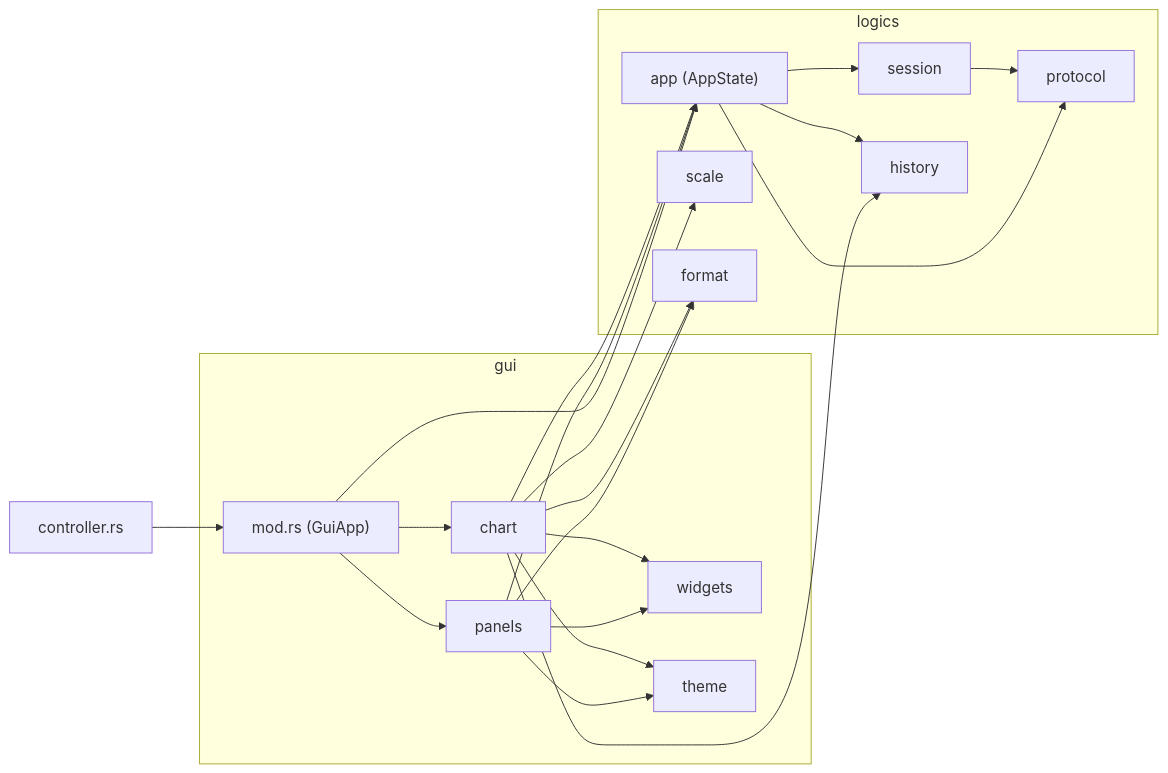
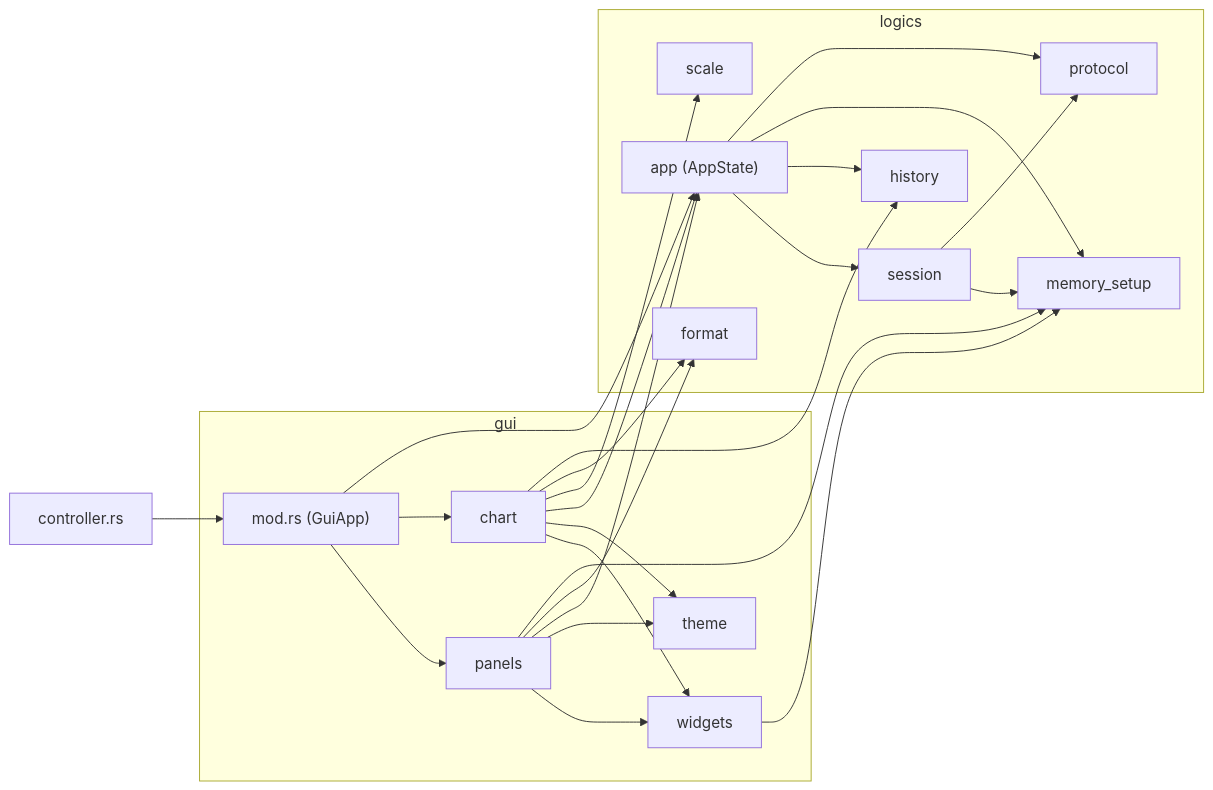
One commit to jgardona/dps150 changed the first of 6 diagrams in docs/arquitetura.md. Above: the diagram before and after it, drawn with Mermaid. The commit also changed other lines of this file and 26 other files, not shown here.

````diff
--- a/docs/arquitetura.md
+++ b/docs/arquitetura.md
@@ -60,37 +62,42 @@
 ```mermaid
 flowchart LR
   CTRL["controller.rs"]
   subgraph G["gui"]
     GMOD["mod.rs (GuiApp)"]
     PANELS["panels"]
     CHART["chart"]
     WIDGETS["widgets"]
     THEME["theme"]
   end
   subgraph L["logics"]
     APP["app (AppState)"]
     SESSION["session"]
     HISTORY["history"]
+    MSETUP["memory_setup"]
     PROTOCOL["protocol"]
     SCALE["scale"]
     FORMAT["format"]
   end
   CTRL --> GMOD
   GMOD --> PANELS
   GMOD --> CHART
   PANELS --> WIDGETS
   CHART --> WIDGETS
   PANELS --> THEME
   CHART --> THEME
   GMOD --> APP
   PANELS --> APP
   PANELS --> FORMAT
   CHART --> APP
   CHART --> SCALE
   CHART --> FORMAT
   CHART --> HISTORY
   APP --> SESSION
   APP --> HISTORY
+  APP --> MSETUP
+  PANELS --> MSETUP
+  WIDGETS --> MSETUP
+  SESSION --> MSETUP
   APP --> PROTOCOL
   SESSION --> PROTOCOL
 ```
````
